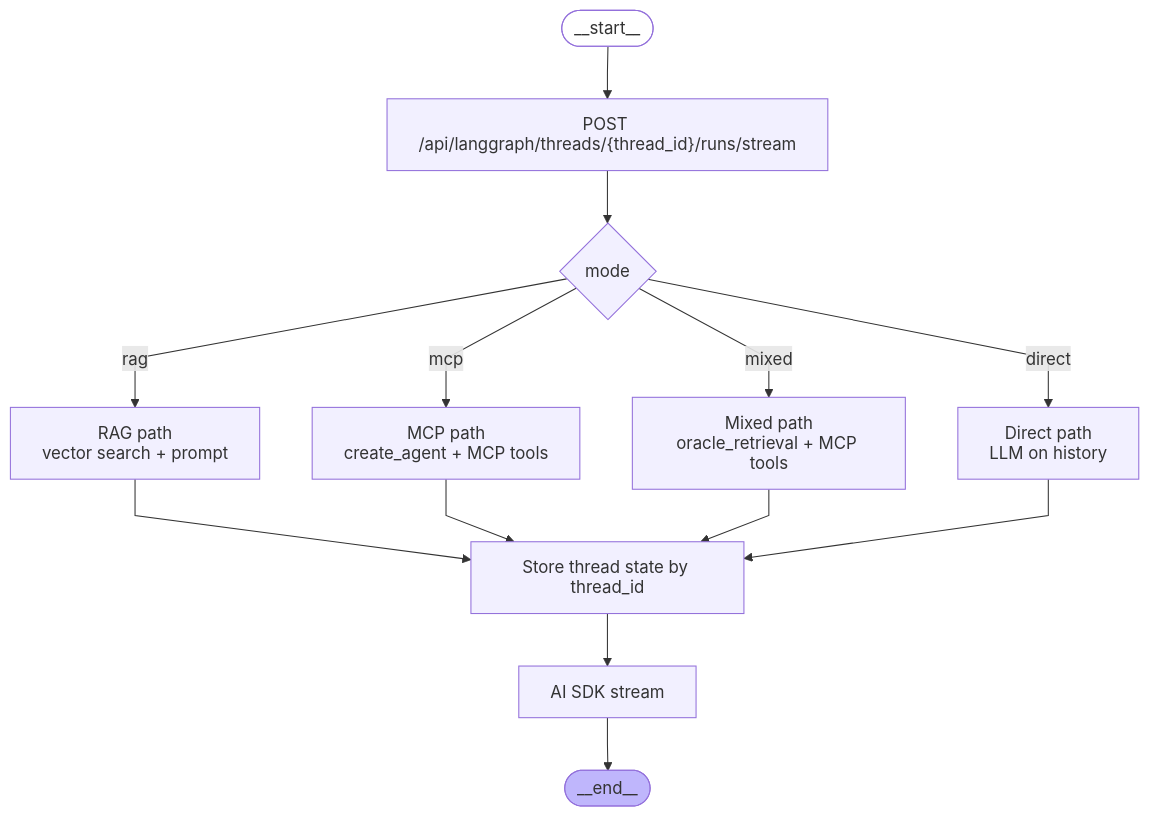
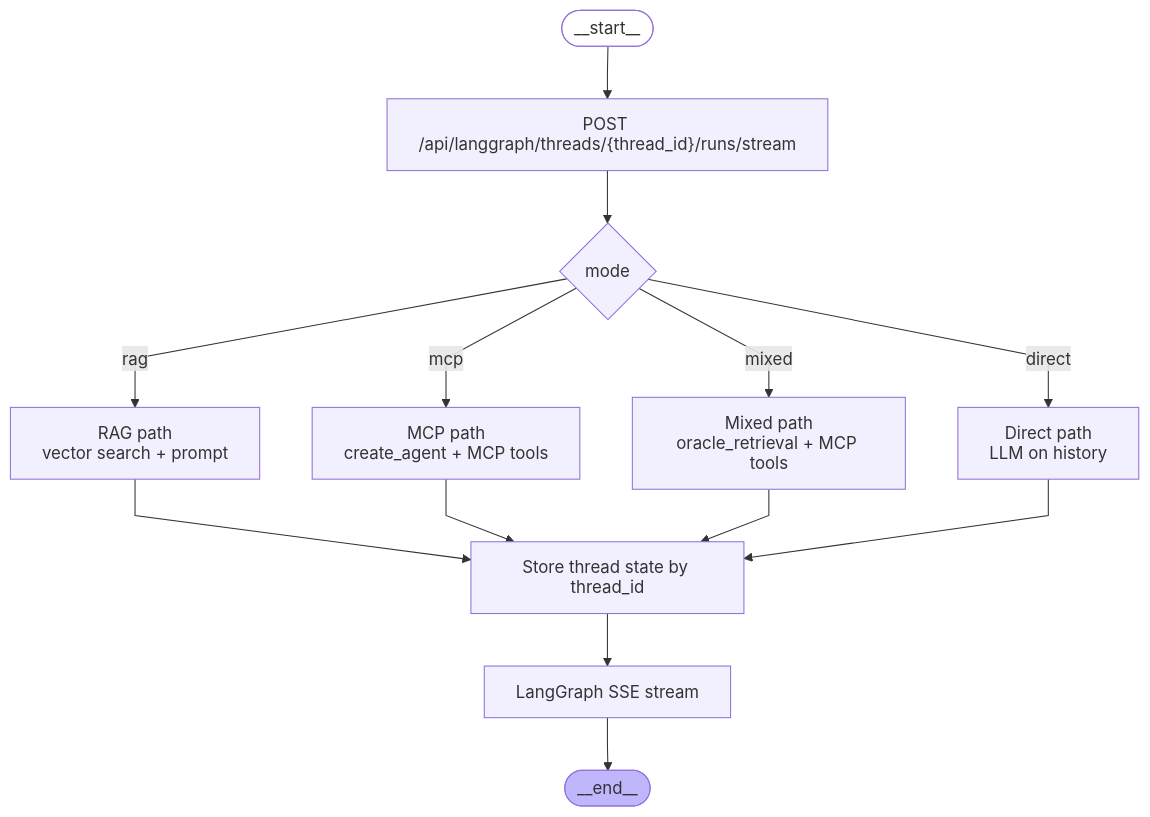
The first of 2 diagrams in docs/README.md (varunyn/Oracle-26ai-LangChain-RAG), drawn with Mermaid before and after one commit. The commit also changed 6 other files, not shown here.

Commit message:
Remove AI SDK stream compatibility

````diff
--- a/docs/README.md
+++ b/docs/README.md
@@ -35,33 +35,33 @@
 ```mermaid
 ---
 config:
   flowchart:
     curve: linear
 ---
 graph TD;
     __start__([<p>__start__</p>]):::first
     ChatRequest["POST /api/langgraph/threads/{thread_id}/runs/stream"]
     Mode{"mode"}
     RAG["RAG path<br/>vector search + prompt"]
     MCP["MCP path<br/>create_agent + MCP tools"]
     Mixed["Mixed path<br/>oracle_retrieval + MCP tools"]
     Direct["Direct path<br/>LLM on history"]
     Persist["Store thread state by thread_id"]
-    Stream["AI SDK stream"]
+    Stream["LangGraph SSE stream"]
     __end__([<p>__end__</p>]):::last
     __start__ --> ChatRequest
     ChatRequest --> Mode
     Mode -->|rag| RAG
     Mode -->|mcp| MCP
     Mode -->|mixed| Mixed
     Mode -->|direct| Direct
     RAG --> Persist
     MCP --> Persist
     Mixed --> Persist
     Direct --> Persist
     Persist --> Stream
     Stream --> __end__
     classDef default fill:#f2f0ff,line-height:1.2
     classDef first fill-opacity:0
     classDef last fill:#bfb6fc
 ```
````
